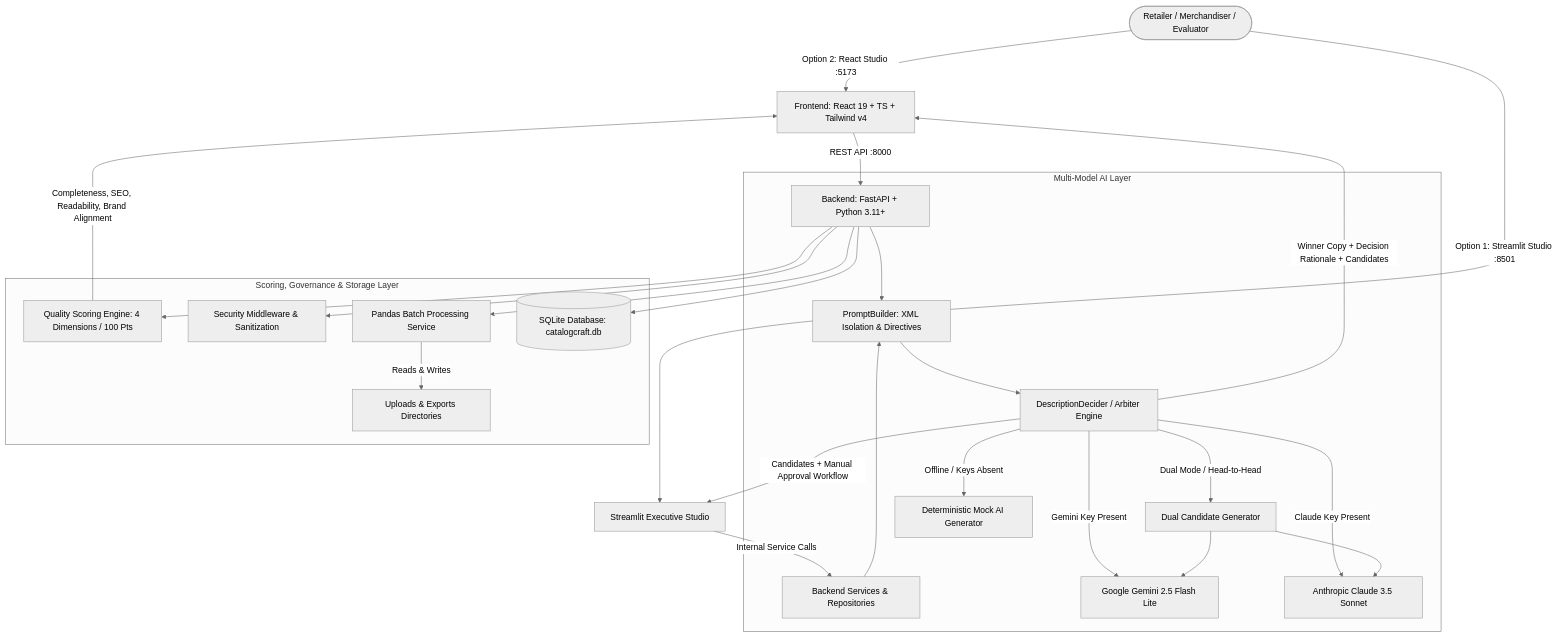
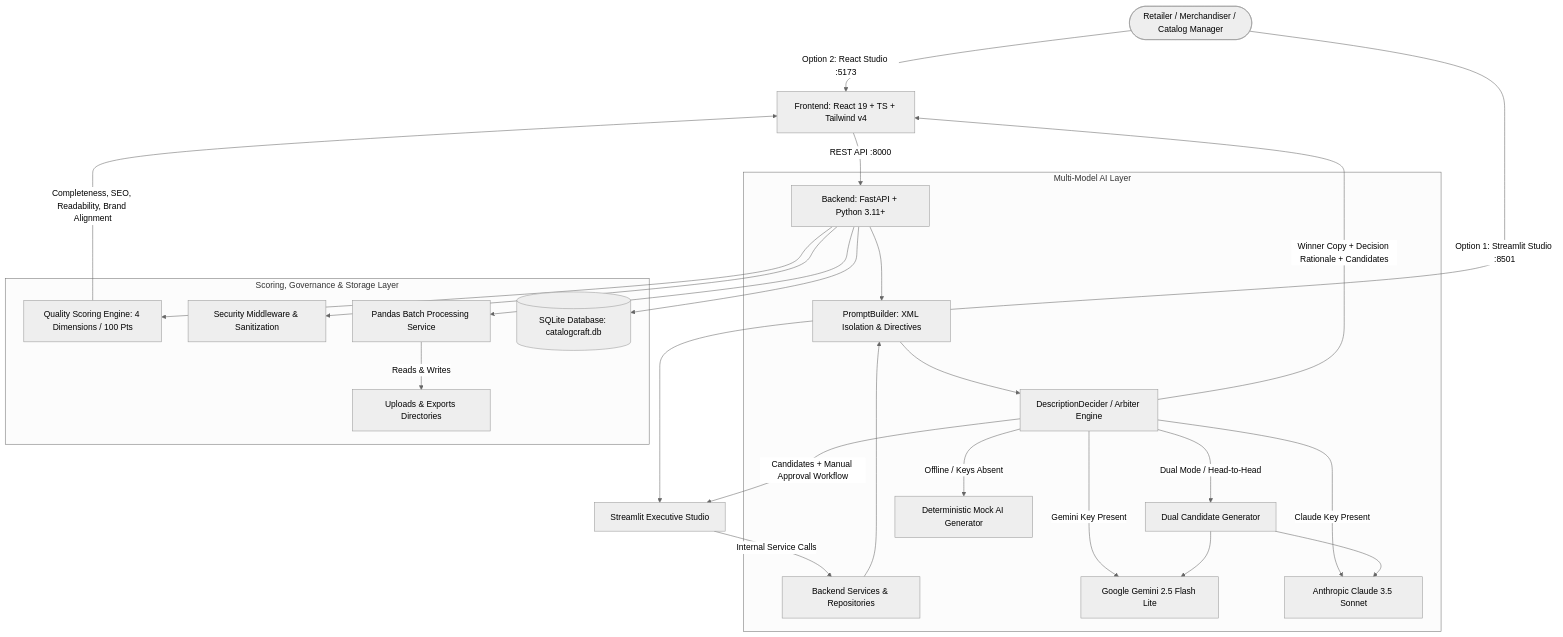
One commit to Sujayhs07/AI-Retail-Product-Description-Generator changed the diagram in README.md. Above: the diagram before and after it, drawn with Mermaid (neutral theme). The commit also changed other lines of this file, not shown here.

Commit message:
docs: remove evaluator walkthrough checklist and update user node in architecture diagram

````diff
--- a/README.md
+++ b/README.md
@@ -16,32 +16,32 @@
 ```mermaid
 graph TD
-    User(["Retailer / Merchandiser / Evaluator"]) -->|Option 2: React Studio :5173| Frontend["Frontend: React 19 + TS + Tailwind v4"]
+    User(["Retailer / Merchandiser / Catalog Manager"]) -->|Option 2: React Studio :5173| Frontend["Frontend: React 19 + TS + Tailwind v4"]
     User -->|Option 1: Streamlit Studio :8501| Streamlit["Streamlit Executive Studio"]
     
     Frontend -->|REST API :8000| Backend["Backend: FastAPI + Python 3.11+"]
     Streamlit -->|Internal Service Calls| BackendServices["Backend Services & Repositories"]
     
     subgraph AI_Layer ["Multi-Model AI Layer"]
         Backend --> PromptBuilder["PromptBuilder: XML Isolation & Directives"]
         BackendServices --> PromptBuilder
         PromptBuilder --> Decider["DescriptionDecider / Arbiter Engine"]
         Decider -->|Dual Mode / Head-to-Head| Both["Dual Candidate Generator"]
         Decider -->|Gemini Key Present| Gemini["Google Gemini 2.5 Flash Lite"]
         Decider -->|Claude Key Present| Claude["Anthropic Claude 3.5 Sonnet"]
         Decider -->|Offline / Keys Absent| MockEngine["Deterministic Mock AI Generator"]
         Both --> Gemini
         Both --> Claude
     end
     
     subgraph Storage_Layer ["Scoring, Governance & Storage Layer"]
         Backend --> QualityScorer["Quality Scoring Engine: 4 Dimensions / 100 Pts"]
         Backend --> SecurityMiddleware["Security Middleware & Sanitization"]
         Backend --> BatchProcessor["Pandas Batch Processing Service"]
         Backend --> SQLite[("SQLite Database: catalogcraft.db")]
         BatchProcessor -->|Reads & Writes| Filesystem["Uploads & Exports Directories"]
     end
     
     QualityScorer -->|Completeness, SEO, Readability, Brand Alignment| Frontend
     Decider -->|Winner Copy + Decision Rationale + Candidates| Frontend
     Decider -->|Candidates + Manual Approval Workflow| Streamlit
 ```
````
